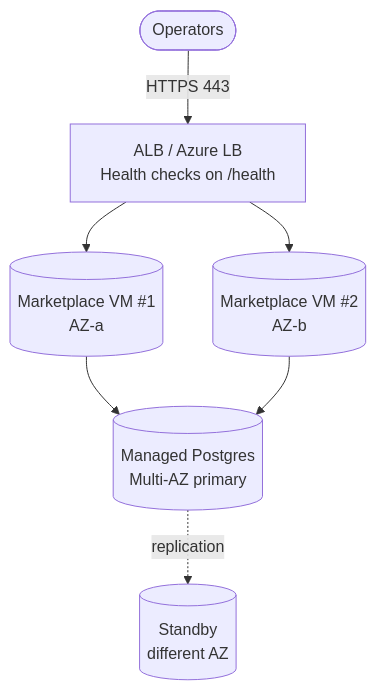
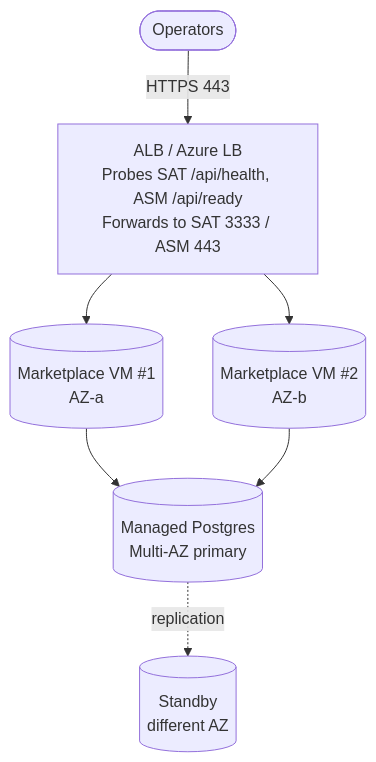
Before and after one commit to HailBytes/hailbytes-terraform-modules: the second of 3 diagrams in ARCHITECTURE.md, drawn with Mermaid. The commit also changed other lines of this file and 35 other files, not shown here.

````diff
--- a/ARCHITECTURE.md
+++ b/ARCHITECTURE.md
@@ -36,9 +38,9 @@
 ```mermaid
 flowchart TB
-    User([Operators]) -->|HTTPS 443| LB[ALB / Azure LB<br/>Health checks on /health]
+    User([Operators]) -->|HTTPS 443| LB["ALB / Azure LB<br/>Probes SAT /api/health, ASM /api/ready<br/>Forwards to SAT 3333 / ASM 443"]
     LB --> VM1[(Marketplace VM #1<br/>AZ-a)]
     LB --> VM2[(Marketplace VM #2<br/>AZ-b)]
     VM1 --> DB[(Managed Postgres<br/>Multi-AZ primary)]
     VM2 --> DB
     DB -.replication.-> DBR[(Standby<br/>different AZ)]
 ```
````
